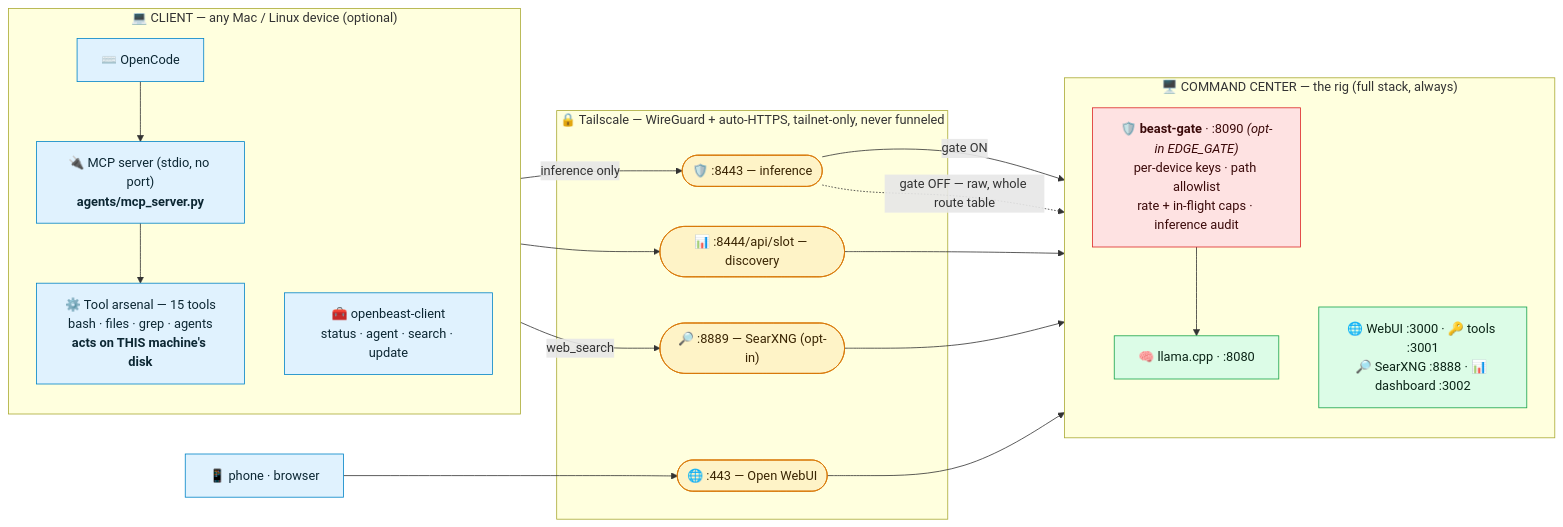
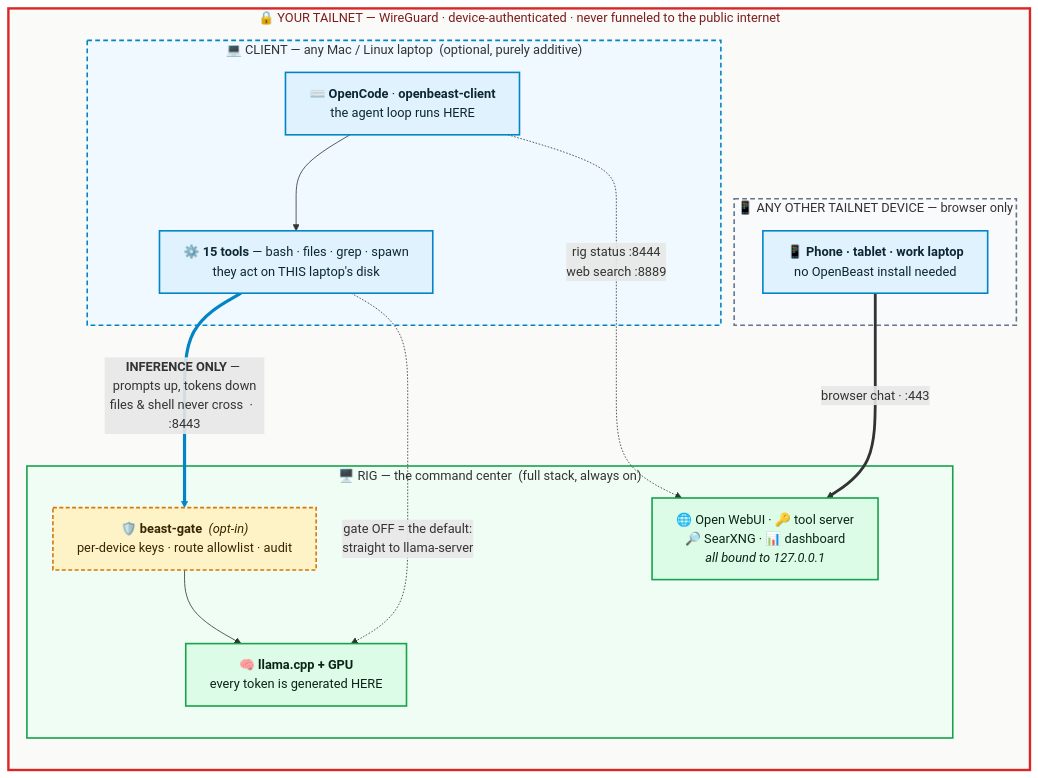
One commit to MaximilianKhan/openbeast changed the first of 2 diagrams in docs/ARCHITECTURE.md. Above: the diagram before and after it, drawn with Mermaid. The commit also changed other lines of this file and 1 other file, not shown here.

````diff
--- a/docs/ARCHITECTURE.md
+++ b/docs/ARCHITECTURE.md
@@ -11,46 +20,40 @@
 ```mermaid
+%%{init: {"flowchart": {"wrappingWidth": 340, "curve": "basis", "nodeSpacing": 45, "rankSpacing": 55}}}%%
 flowchart LR
-    subgraph CLIENT["💻 CLIENT — any Mac / Linux device (optional)"]
-        direction TB
-        coc["⌨️ OpenCode"]
-        cmcp["🔌 MCP server (stdio, no port)<br/><b>agents/mcp_server.py</b>"]
-        ctools["⚙️ Tool arsenal — 15 tools<br/>bash · files · grep · agents<br/><b>acts on THIS machine's disk</b>"]
-        ccli["🧰 openbeast-client<br/>status · agent · search · update"]
-        coc --> cmcp --> ctools
+    subgraph TAILNET["🔒 YOUR TAILNET — WireGuard · device-authenticated · never funneled to the public internet"]
+
+        subgraph CLIENT["💻 CLIENT — any Mac / Linux laptop &nbsp;(optional, purely additive)"]
+            cagent["⌨️ <b>OpenCode</b> · <b>openbeast-client</b><br/>the agent loop runs HERE"]
+            ctools["⚙️ <b>15 tools</b> — bash · files · grep · spawn<br/>they act on THIS laptop's disk"]
+            cagent --> ctools
+        end
+
+        subgraph OTHER["📱 ANY OTHER TAILNET DEVICE — browser only"]
+            phone["📱 <b>Phone · tablet · work laptop</b><br/>no OpenBeast install needed"]
+        end
+
+        subgraph RIG["🖥️ RIG — the command center &nbsp;(full stack, always on)"]
+            gate["🛡️ <b>beast-gate</b> &nbsp;<i>(opt-in)</i><br/>per-device keys · route allowlist · audit"]
+            brain["🧠 <b>llama.cpp + GPU</b><br/>every token is generated HERE"]
+            cc["🌐 Open WebUI · 🔑 tool server<br/>🔎 SearXNG · 📊 dashboard<br/><i>all bound to 127.0.0.1</i>"]
+            gate --> brain
+        end
     end
 
-    subgraph TAILNET["🔒 Tailscale — WireGuard + auto-HTTPS, tailnet-only, never funneled"]
-        p8443(["🛡️ :8443 — inference"])
-        p8444(["📊 :8444/api/slot — discovery"])
-        p8889(["🔎 :8889 — SearXNG (opt-in)"])
-        p443(["🌐 :443 — Open WebUI"])
-    end
+    ctools ==>|"<b>INFERENCE ONLY</b> — prompts up, tokens down<br/>files &amp; shell never cross &nbsp;·&nbsp; :8443"| gate
+    ctools -.->|"gate OFF = the default:<br/>straight to llama-server"| brain
+    cagent -.->|"rig status :8444<br/>web search :8889"| cc
+    phone ==>|"browser chat · :443"| cc
 
-    subgraph RIG["🖥️ COMMAND CENTER — the rig (full stack, always)"]
-        direction TB
-        gate["🛡️ <b>beast-gate</b> · :8090 <i>(opt-in EDGE_GATE)</i><br/>per-device keys · path allowlist<br/>rate + in-flight caps · inference audit"]
-        llama2["🧠 llama.cpp · :8080"]
-        rest["🌐 WebUI :3000 · 🔑 tools :3001<br/>🔎 SearXNG :8888 · 📊 dashboard :3002"]
-        gate --> llama2
-    end
-
-    ctools -->|"inference only"| p8443
-    ctools -->|"web_search"| p8889
-    ccli --> p8444
-    phone["📱 phone · browser"] --> p443
-
-    p8443 -->|"gate ON"| gate
-    p8443 -.->|"gate OFF — raw, whole route table"| llama2
-    p8444 --> rest
-    p8889 --> rest
-    p443 --> rest
-
-    classDef cli fill:#e0f2fe,stroke:#0284c7,color:#0c2733;
-    classDef net fill:#fef3c7,stroke:#d97706,color:#3a2503;
-    classDef rig fill:#dcfce7,stroke:#16a34a,color:#0b2417;
-    classDef sec fill:#fee2e2,stroke:#dc2626,color:#3b0a0a;
-    class coc,cmcp,ctools,ccli,phone cli;
-    class p8443,p8444,p8889,p443 net;
-    class llama2,rest rig;
+    classDef client fill:#e0f2fe,stroke:#0284c7,stroke-width:2px,color:#0c2733;
+    classDef rig fill:#dcfce7,stroke:#16a34a,stroke-width:2px,color:#0b2417;
+    classDef sec fill:#fef3c7,stroke:#d97706,stroke-width:2px,stroke-dasharray:5 3,color:#3a2503;
+    class cagent,ctools,phone client;
+    class brain,cc rig;
     class gate sec;
+    style TAILNET fill:#fafaf9,stroke:#dc2626,stroke-width:3px,color:#7f1d1d;
+    style CLIENT fill:#f0f9ff,stroke:#0284c7,stroke-width:2px,stroke-dasharray:6 4;
+    style RIG fill:#f0fdf4,stroke:#16a34a,stroke-width:2px;
+    style OTHER fill:#f8fafc,stroke:#64748b,stroke-width:2px,stroke-dasharray:6 4;
+    linkStyle 2 stroke:#0284c7,stroke-width:4px;
 ```
````
